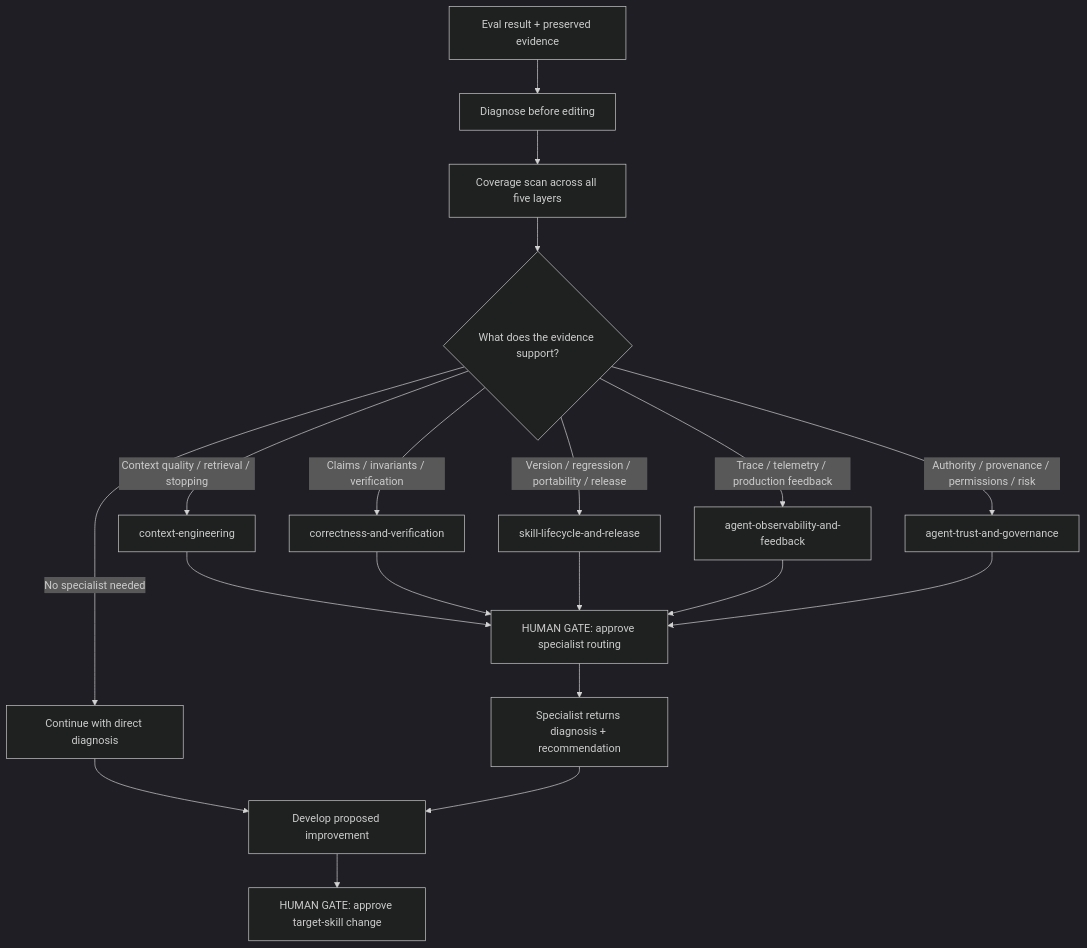
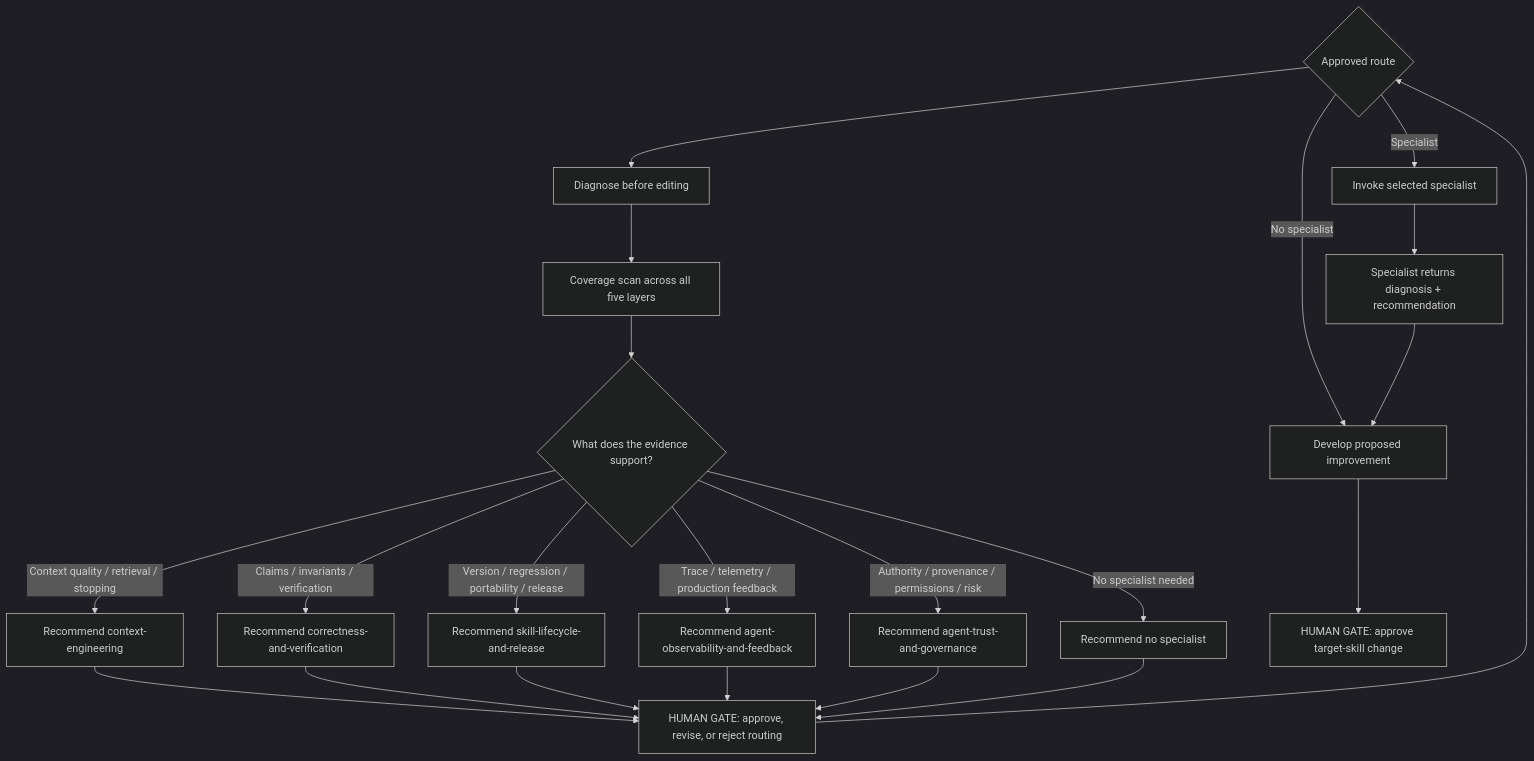
Before and after one commit to rlynjb/dotskills: the second of 2 diagrams in docs/eval-driven-skill-development.md, drawn with Mermaid (dark theme). The commit also changed other lines of this file, not shown here.

Commit message:
Clarify human-gated methodology routing

````diff
--- a/docs/eval-driven-skill-development.md
+++ b/docs/eval-driven-skill-development.md
@@ -321,21 +325,24 @@
 ```mermaid
 flowchart TD
     A[Eval result + preserved evidence] --> B[Diagnose before editing]
     B --> C[Coverage scan across all five layers]
     C --> D{What does the evidence support?}
-    D -->|Context quality / retrieval / stopping| CE[context-engineering]
-    D -->|Claims / invariants / verification| CV[correctness-and-verification]
-    D -->|Version / regression / portability / release| LR[skill-lifecycle-and-release]
-    D -->|Trace / telemetry / production feedback| OF[agent-observability-and-feedback]
-    D -->|Authority / provenance / permissions / risk| TG[agent-trust-and-governance]
-    D -->|No specialist needed| N[Continue with direct diagnosis]
-    CE --> G[HUMAN GATE: approve specialist routing]
+    D -->|Context quality / retrieval / stopping| CE[Recommend context-engineering]
+    D -->|Claims / invariants / verification| CV[Recommend correctness-and-verification]
+    D -->|Version / regression / portability / release| LR[Recommend skill-lifecycle-and-release]
+    D -->|Trace / telemetry / production feedback| OF[Recommend agent-observability-and-feedback]
+    D -->|Authority / provenance / permissions / risk| TG[Recommend agent-trust-and-governance]
+    D -->|No specialist needed| N[Recommend no specialist]
+    CE --> G[HUMAN GATE: approve, revise, or reject routing]
     CV --> G
     LR --> G
     OF --> G
     TG --> G
-    G --> H[Specialist returns diagnosis + recommendation]
-    N --> I[Develop proposed improvement]
-    H --> I
+    N --> G
+    G --> A{Approved route}
+    A -->|Specialist| H[Invoke selected specialist]
+    A -->|No specialist| I[Develop proposed improvement]
+    H --> R[Specialist returns diagnosis + recommendation]
+    R --> I
     I --> J[HUMAN GATE: approve target-skill change]
 ```
````
